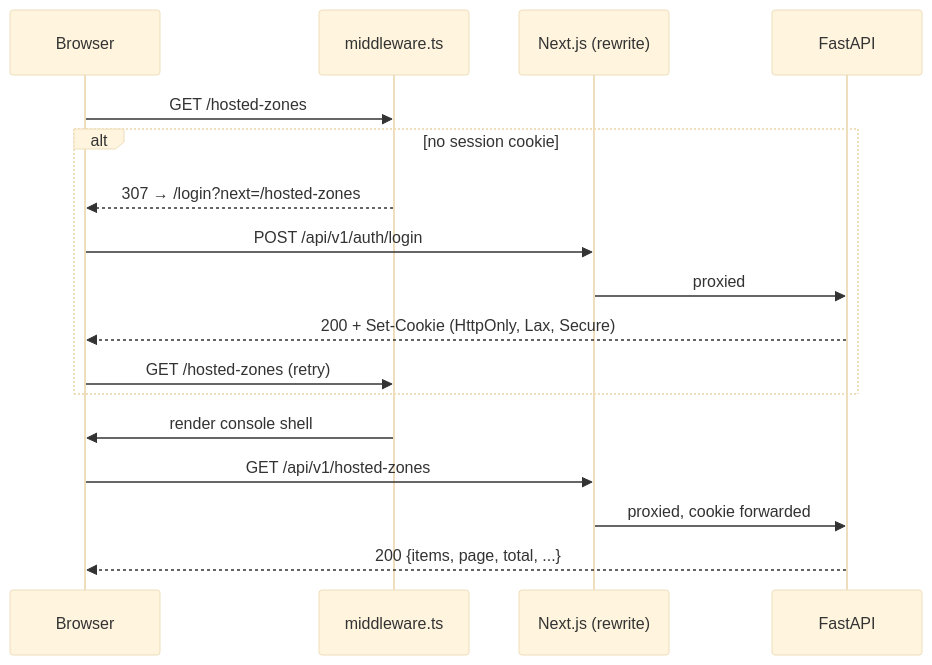
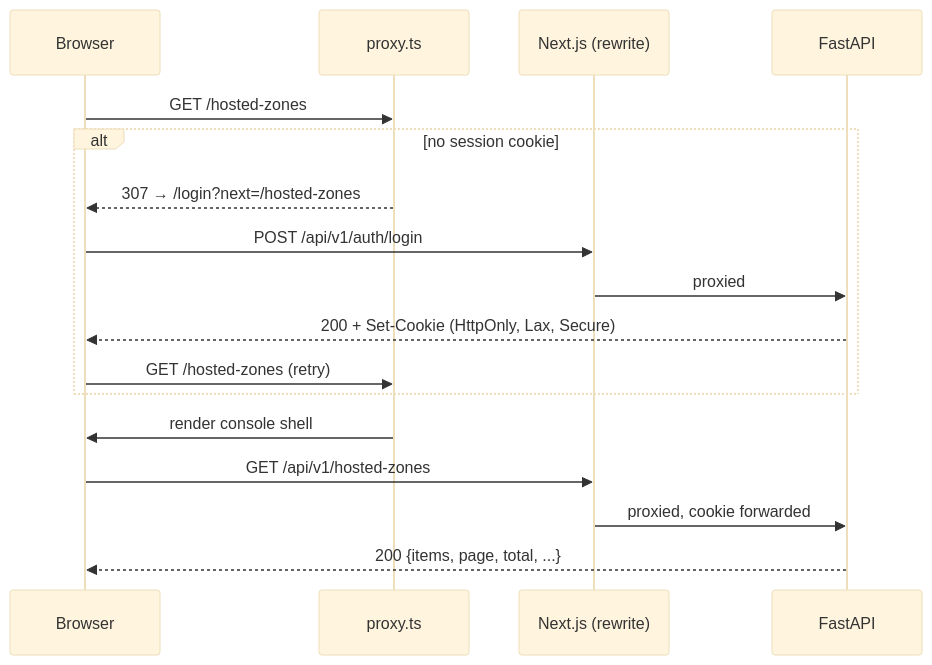
The third of 3 diagrams in docs/04-architecture.md (atr0-0/route53-clone), drawn with Mermaid (base theme) before and after one commit. The commit also changed other lines of this file and 51 other files, not shown here.

````diff
--- a/docs/04-architecture.md
+++ b/docs/04-architecture.md
@@ -213,20 +213,20 @@
 ```mermaid
 sequenceDiagram
     participant B as Browser
-    participant M as middleware.ts
+    participant M as proxy.ts
     participant N as Next.js (rewrite)
     participant A as FastAPI
 
     B->>M: GET /hosted-zones
     alt no session cookie
         M-->>B: 307 → /login?next=/hosted-zones
         B->>N: POST /api/v1/auth/login
         N->>A: proxied
         A-->>B: 200 + Set-Cookie (HttpOnly, Lax, Secure)
         B->>M: GET /hosted-zones (retry)
     end
     M->>B: render console shell
     B->>N: GET /api/v1/hosted-zones
     N->>A: proxied, cookie forwarded
     A-->>B: 200 {items, page, total, ...}
 ```
````
